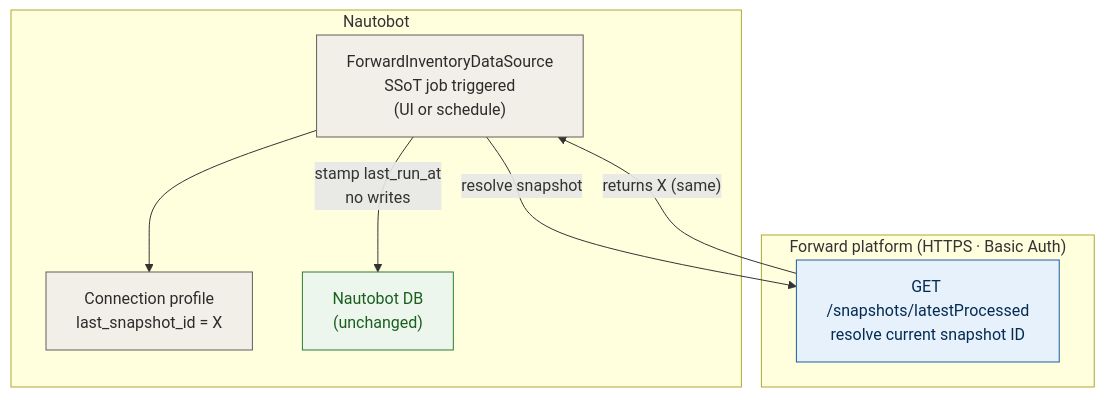
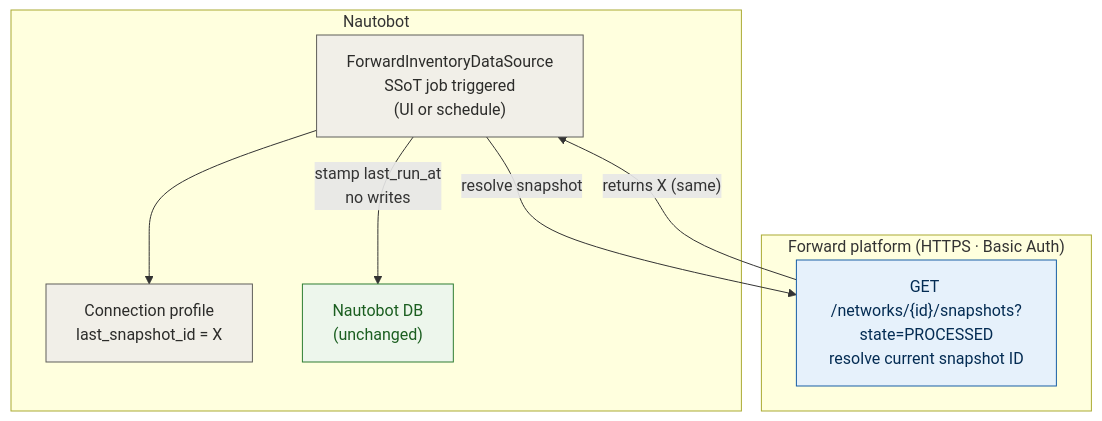
One commit to forwardnetworks/nautobot-app-ssot-forward changed the first of 5 diagrams in docs/architecture-flow.md. Above: the diagram before and after it, drawn with Mermaid. The commit also changed other lines of this file and 54 other files, not shown here.

````diff
--- a/docs/architecture-flow.md
+++ b/docs/architecture-flow.md
@@ -27,25 +27,25 @@
 ```mermaid
 flowchart TB
     subgraph nautobot["Nautobot"]
         job["ForwardInventoryDataSource\nSSoT job triggered\n(UI or schedule)"]
         profile["Connection profile\nlast_snapshot_id = X"]
         db["Nautobot DB\n(unchanged)"]
     end
 
     subgraph fwd["Forward platform  (HTTPS · Basic Auth)"]
-        snap["GET /snapshots/latestProcessed\nresolve current snapshot ID"]
+        snap["GET /networks/{id}/snapshots?state=PROCESSED\nresolve current snapshot ID"]
     end
 
     job --> profile
     job -- "resolve snapshot" --> snap
     snap -- "returns X (same)" --> job
     job -- "stamp last_run_at\nno writes" --> db
 
     classDef neutral fill:#F1EFE8,stroke:#5F5E5A,color:#2C2C2A;
     classDef fwdnode fill:#E6F1FB,stroke:#185FA5,color:#042C53;
     classDef nbnode fill:#EDF6EC,stroke:#2E7D32,color:#1B5E20;
 
     class job,profile neutral;
     class snap fwdnode;
     class db nbnode;
 ```
````
